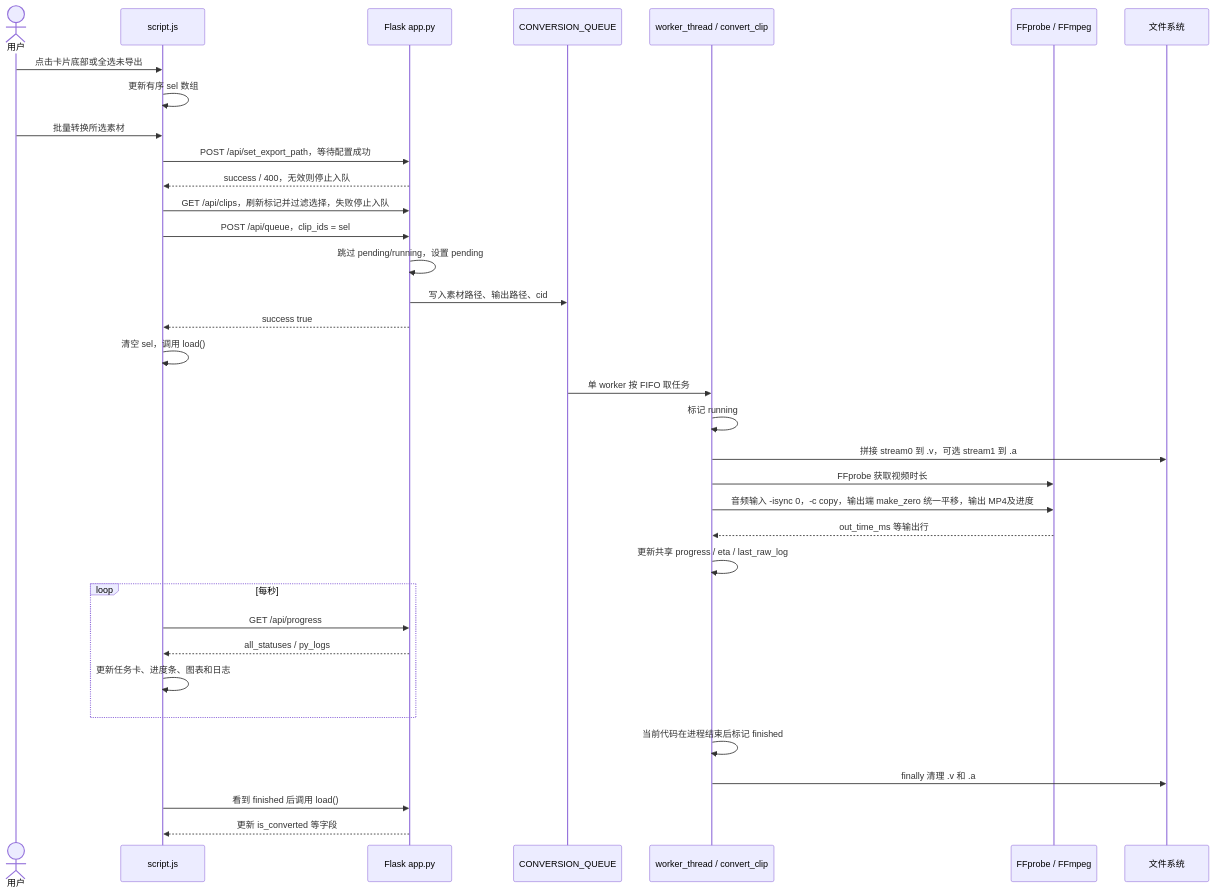
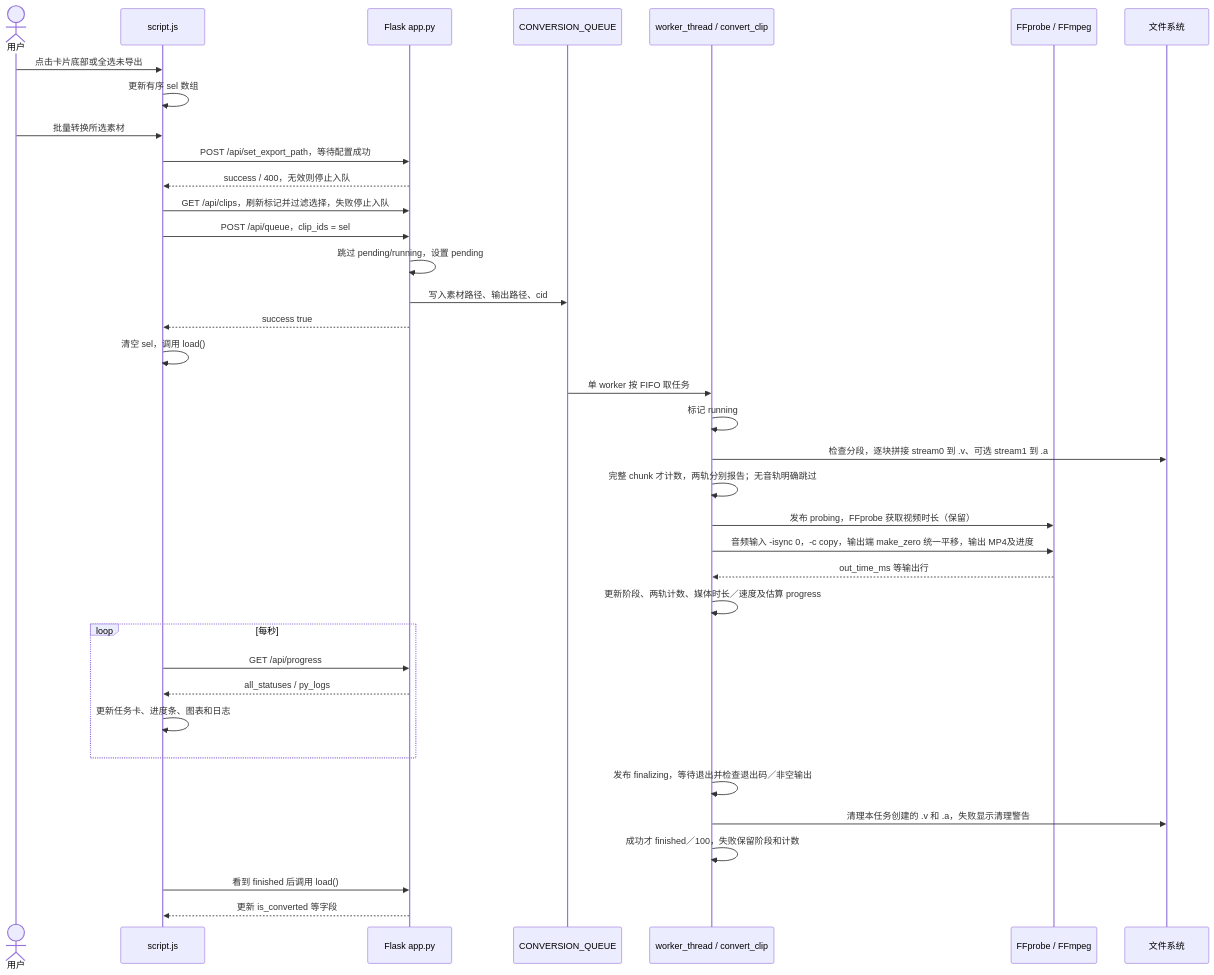
The second of 2 diagrams in AGENTS/DATA_FLOW.md (bweq8527/AiTools__SteamClipExporter), drawn with Mermaid before and after one commit. The commit also changed other lines of this file and 22 other files, not shown here.

````diff
--- a/AGENTS/DATA_FLOW.md
+++ b/AGENTS/DATA_FLOW.md
@@ -34,37 +34,39 @@
 ```mermaid
 sequenceDiagram
     actor U as 用户
     participant UI as script.js
     participant API as Flask app.py
     participant Q as CONVERSION_QUEUE
     participant W as worker_thread / convert_clip
     participant FF as FFprobe / FFmpeg
     participant FS as 文件系统
     U->>UI: 点击卡片底部或全选未导出
     UI->>UI: 更新有序 sel 数组
     U->>UI: 批量转换所选素材
     UI->>API: POST /api/set_export_path，等待配置成功
     API-->>UI: success / 400，无效则停止入队
     UI->>API: GET /api/clips，刷新标记并过滤选择，失败停止入队
     UI->>API: POST /api/queue，clip_ids = sel
     API->>API: 跳过 pending/running，设置 pending
     API->>Q: 写入素材路径、输出路径、cid
     API-->>UI: success true
     UI->>UI: 清空 sel，调用 load()
     Q->>W: 单 worker 按 FIFO 取任务
     W->>W: 标记 running
-    W->>FS: 拼接 stream0 到 .v，可选 stream1 到 .a
-    W->>FF: FFprobe 获取视频时长
+    W->>FS: 检查分段，逐块拼接 stream0 到 .v、可选 stream1 到 .a
+    W->>W: 完整 chunk 才计数，两轨分别报告；无音轨明确跳过
+    W->>FF: 发布 probing，FFprobe 获取视频时长（保留）
     W->>FF: 音频输入 -isync 0，-c copy，输出端 make_zero 统一平移，输出 MP4及进度
     FF-->>W: out_time_ms 等输出行
-    W->>W: 更新共享 progress / eta / last_raw_log
+    W->>W: 更新阶段、两轨计数、媒体时长／速度及估算 progress
     loop 每秒
         UI->>API: GET /api/progress
         API-->>UI: all_statuses / py_logs
         UI->>UI: 更新任务卡、进度条、图表和日志
     end
-    W->>W: 当前代码在进程结束后标记 finished
-    W->>FS: finally 清理 .v 和 .a
+    W->>W: 发布 finalizing，等待退出并检查退出码／非空输出
+    W->>FS: 清理本任务创建的 .v 和 .a，失败显示清理警告
+    W->>W: 成功才 finished／100，失败保留阶段和计数
     UI->>API: 看到 finished 后调用 load()
     API-->>UI: 更新 is_converted 等字段
 ```
````
